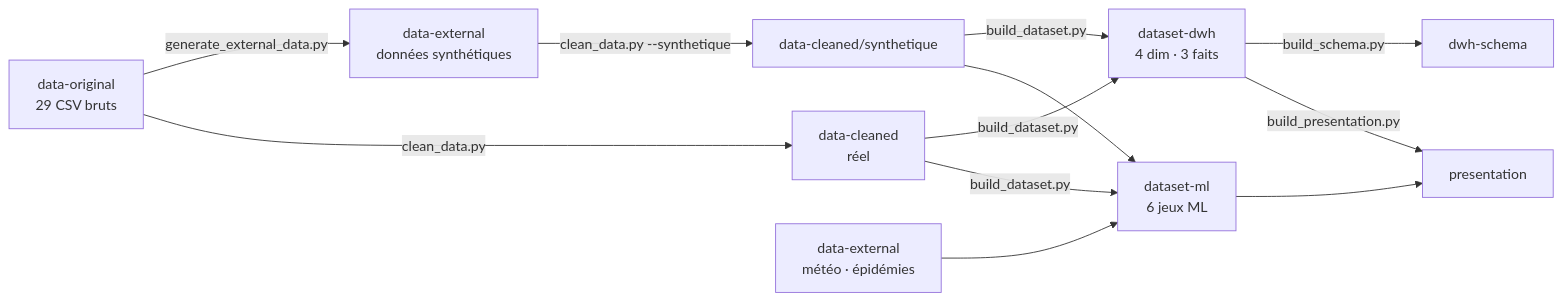
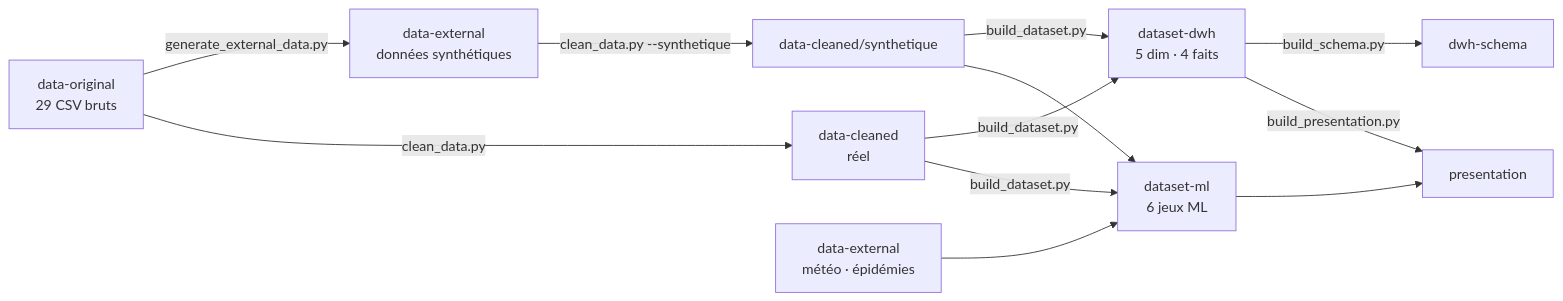
The diagram in README.md (Youssef-ben-ali/DataWarehouseProject_3AI4), drawn with Mermaid before and after one commit. The commit also changed other lines of this file and 5 other files, not shown here.

````diff
--- a/README.md
+++ b/README.md
@@ -29,14 +29,14 @@
 ```mermaid
 flowchart LR
     A[data-original<br/>29 CSV bruts] -->|generate_external_data.py| G[data-external<br/>données synthétiques]
     A -->|clean_data.py| B[data-cleaned<br/>réel]
     G -->|clean_data.py --synthetique| B2[data-cleaned/synthetique]
     E[data-external<br/>météo · épidémies] --> D
-    B -->|build_dataset.py| C[dataset-dwh<br/>4 dim · 3 faits]
+    B -->|build_dataset.py| C[dataset-dwh<br/>5 dim · 4 faits]
     B2 -->|build_dataset.py| C
     B -->|build_dataset.py| D[dataset-ml<br/>6 jeux ML]
     B2 --> D
     C -->|build_schema.py| S[dwh-schema]
     C -->|build_presentation.py| P[presentation]
     D --> P
 ```
````
